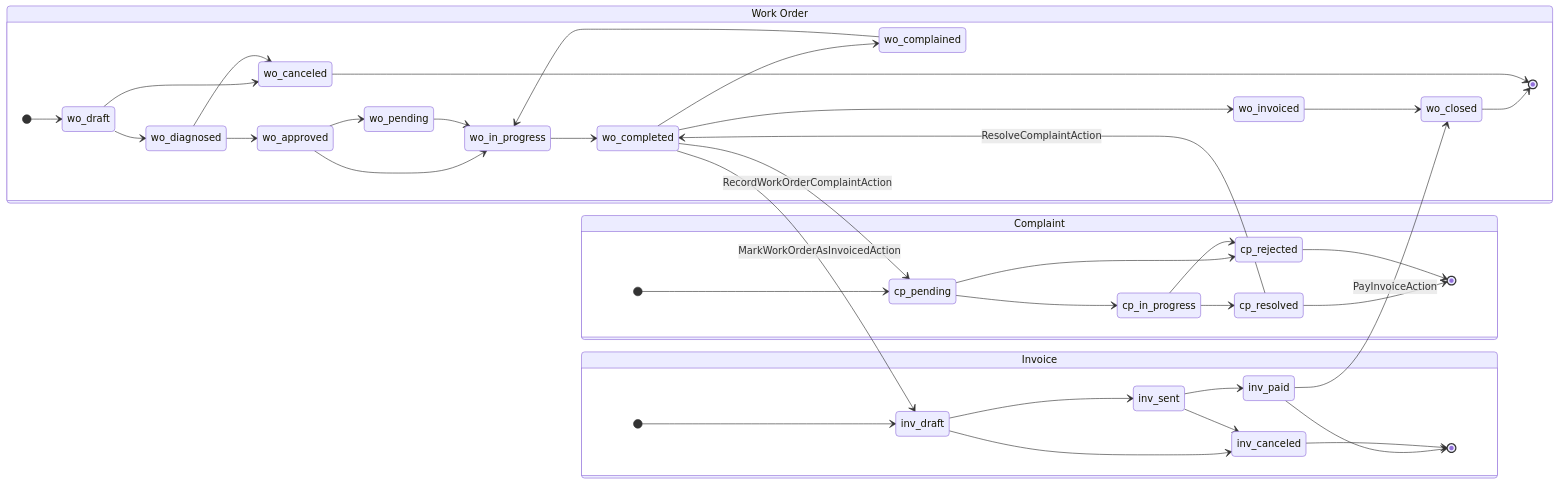
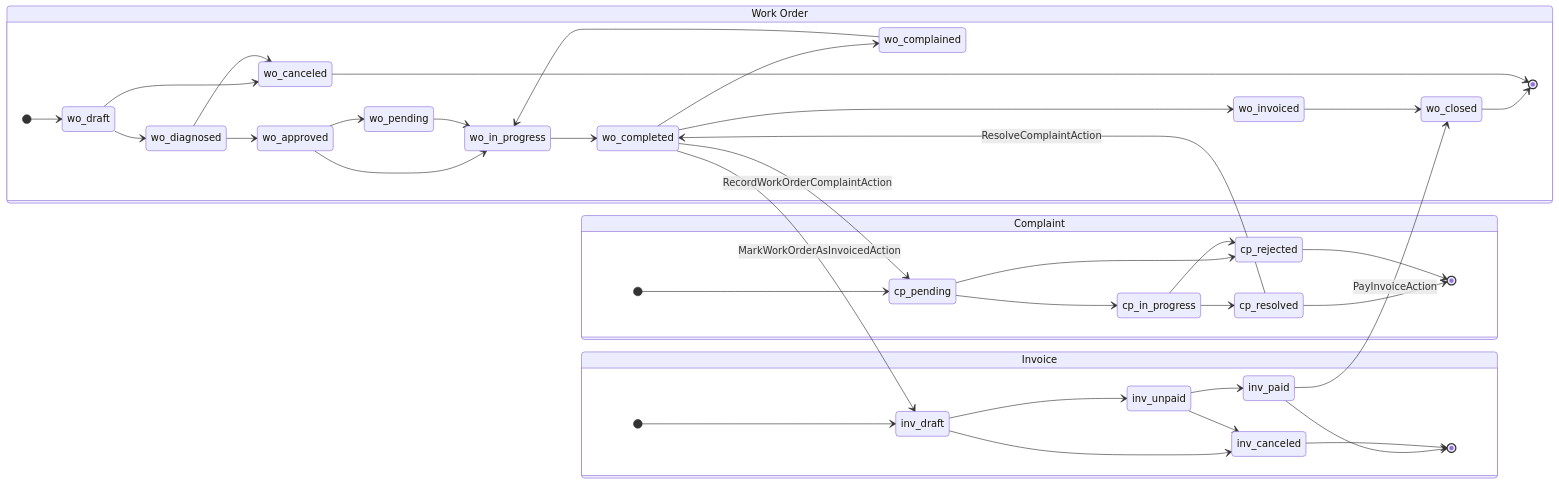
The seventh of 7 diagrams in docs/architecture.md (dharmasaputraa/car-workshop), drawn with Mermaid before and after one commit. The commit also changed other lines of this file and 1 other file, not shown here.

Commit message:
docs: sync ERD and state machines with actual codebase implementation

````diff
--- a/docs/architecture.md
+++ b/docs/architecture.md
@@ -767,47 +776,47 @@
 ```mermaid
 stateDiagram-v2
     direction LR
 
     state "Work Order" as WO {
         [*] --> wo_draft
         wo_draft --> wo_diagnosed
         wo_diagnosed --> wo_approved
         wo_approved --> wo_pending
         wo_approved --> wo_in_progress
         wo_pending --> wo_in_progress
         wo_in_progress --> wo_completed
         wo_completed --> wo_complained
         wo_completed --> wo_invoiced
         wo_complained --> wo_in_progress
         wo_invoiced --> wo_closed
         wo_closed --> [*]
         wo_draft --> wo_canceled
         wo_diagnosed --> wo_canceled
         wo_canceled --> [*]
     }
 
     state "Complaint" as CP {
         [*] --> cp_pending
         cp_pending --> cp_in_progress
         cp_pending --> cp_rejected
         cp_in_progress --> cp_resolved
         cp_in_progress --> cp_rejected
         cp_resolved --> [*]
         cp_rejected --> [*]
     }
 
     state "Invoice" as INV {
         [*] --> inv_draft
-        inv_draft --> inv_sent
+        inv_draft --> inv_unpaid
         inv_draft --> inv_canceled
-        inv_sent --> inv_paid
-        inv_sent --> inv_canceled
+        inv_unpaid --> inv_paid
+        inv_unpaid --> inv_canceled
         inv_paid --> [*]
         inv_canceled --> [*]
     }
 
     wo_completed --> cp_pending : RecordWorkOrderComplaintAction
     cp_resolved --> wo_completed : ResolveComplaintAction
     wo_completed --> inv_draft : MarkWorkOrderAsInvoicedAction
     inv_paid --> wo_closed : PayInvoiceAction
 ```
````
